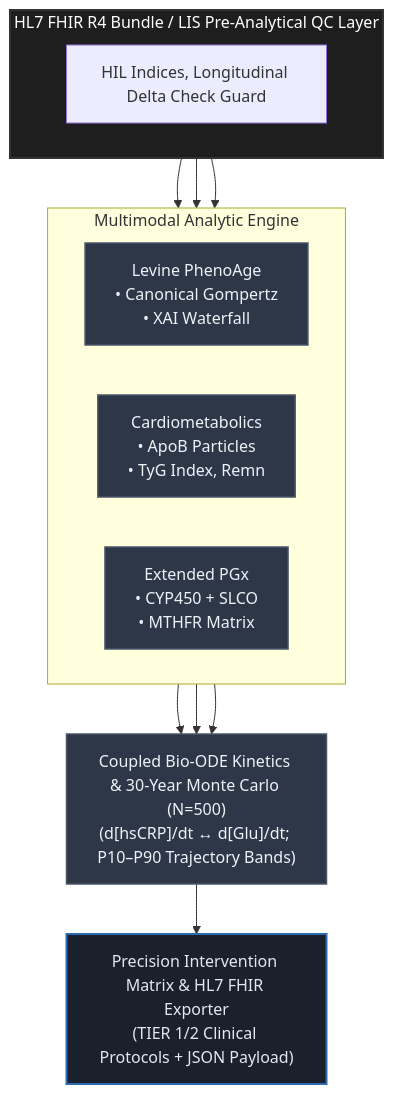
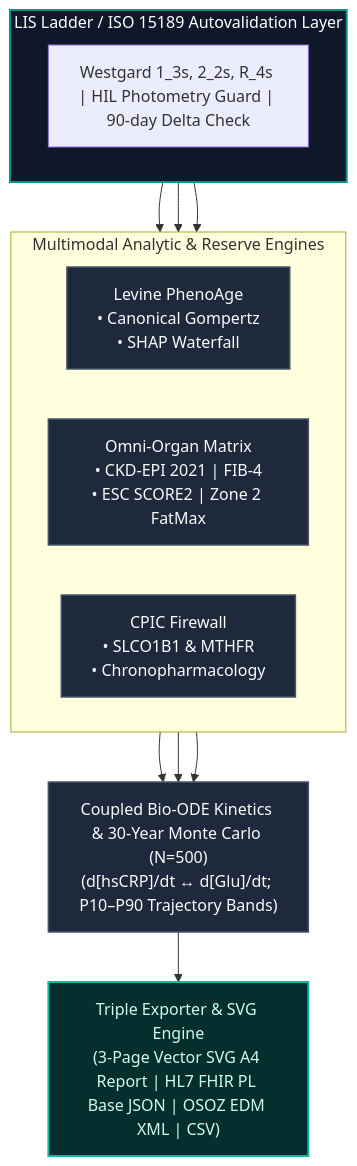
One commit to MatthewJakubowski/AeternaCore-Longevity-OS changed the diagram in README.md. Above: the diagram before and after it, drawn with Mermaid. The commit also changed other lines of this file, not shown here.

````diff
--- a/README.md
+++ b/README.md
@@ -28,41 +31,41 @@
 ```mermaid
 flowchart TD
     %% Ingestion Layer
-    subgraph Ingestion ["HL7 FHIR R4 Bundle / LIS Pre-Analytical QC Layer"]
-        QC["HIL Indices, Longitudinal Delta Check Guard"]
+    subgraph Ingestion ["LIS Ladder / ISO 15189 Autovalidation Layer"]
+        QC["Westgard 1_3s, 2_2s, R_4s | HIL Photometry Guard | 90-day Delta Check"]
     end
 
     %% Analytical Engine Modules
-    subgraph Analytics ["Multimodal Analytic Engine"]
+    subgraph Analytics ["Multimodal Analytic & Reserve Engines"]
         direction LR
-        M1["Levine PhenoAge<br/>• Canonical Gompertz<br/>• XAI Waterfall"]
-        M2["Cardiometabolics<br/>• ApoB Particles<br/>• TyG Index, Remn"]
-        M3["Extended PGx<br/>• CYP450 + SLCO<br/>• MTHFR Matrix"]
+        M1["Levine PhenoAge<br/>• Canonical Gompertz<br/>• SHAP Waterfall"]
+        M2["Omni-Organ Matrix<br/>• CKD-EPI 2021 | FIB-4<br/>• ESC SCORE2 | Zone 2 FatMax"]
+        M3["CPIC Firewall<br/>• SLCO1B1 & MTHFR<br/>• Chronopharmacology"]
     end
 
     %% Dynamical Modeling
     ODE["Coupled Bio-ODE Kinetics & 30-Year Monte Carlo (N=500)<br/>(d[hsCRP]/dt ↔ d[Glu]/dt; P10–P90 Trajectory Bands)"]
 
-    %% Clinical Output
-    OUT["Precision Intervention Matrix & HL7 FHIR Exporter<br/>(TIER 1/2 Clinical Protocols + JSON Payload)"]
+    %% Clinical Export
+    OUT["Triple Exporter & SVG Engine<br/>(3-Page Vector SVG A4 Report | HL7 FHIR PL Base JSON | OSOZ EDM XML | CSV)"]
 
     %% Connectors
     Ingestion --> M1
     Ingestion --> M2
     Ingestion --> M3
 
     M1 --> ODE
     M2 --> ODE
     M3 --> ODE
 
     ODE --> OUT
 
     %% Styling
-    classDef darkBg fill:#1e1e1e,stroke:#333,stroke-width:2px,color:#fff;
-    classDef nodeStyle fill:#2d3748,stroke:#4a5568,stroke-width:1.5px,color:#edf2f7;
-    classDef outStyle fill:#1a202c,stroke:#2b6cb0,stroke-width:2px,color:#e2e8f0;
+    classDef darkBg fill:#0f172a,stroke:#0d9488,stroke-width:2px,color:#fff;
+    classDef nodeStyle fill:#1e293b,stroke:#475569,stroke-width:1.5px,color:#f8fafc;
+    classDef outStyle fill:#042f2e,stroke:#14b8a6,stroke-width:2px,color:#ccfbf1;
 
     class Ingestion darkBg;
     class M1,M2,M3,ODE nodeStyle;
     class OUT outStyle;
 ```
````
